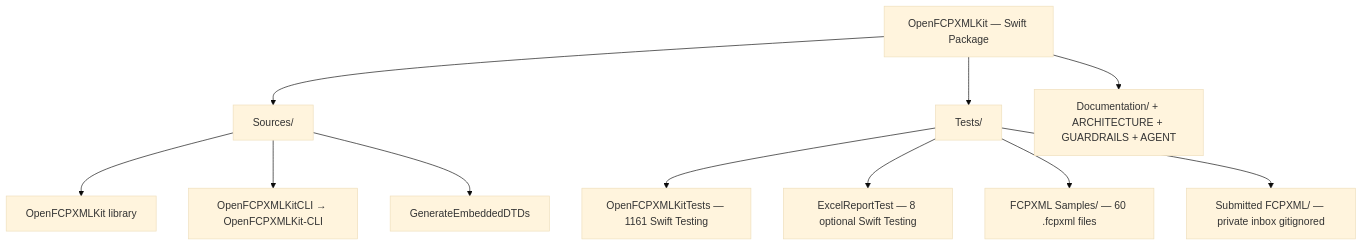
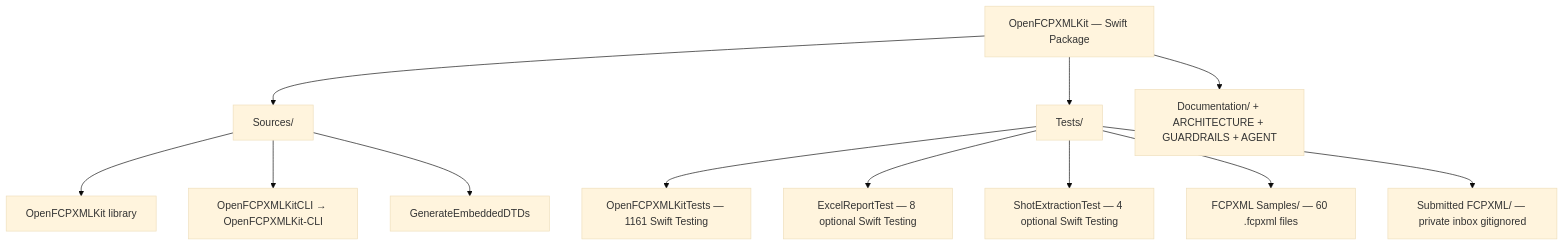
The first of 6 diagrams in ARCHITECTURE.md (TheAcharya/OpenFCPXMLKit), drawn with Mermaid (base theme) before and after one commit. The commit also changed other lines of this file and 30 other files, not shown here.

First line of the commit message:
Notion JSON column order + ShotExtractionTest (3.3.4)

````diff
--- a/ARCHITECTURE.md
+++ b/ARCHITECTURE.md
@@ -216,17 +216,18 @@
 ```mermaid
 flowchart TB
     Pkg["OpenFCPXMLKit — Swift Package"]
 
     Pkg --> SRC["Sources/"]
     Pkg --> TST["Tests/"]
     Pkg --> DOC["Documentation/ + ARCHITECTURE + GUARDRAILS + AGENT"]
 
     SRC --> LIB["OpenFCPXMLKit library"]
     SRC --> CLI["OpenFCPXMLKitCLI → OpenFCPXMLKit-CLI"]
     SRC --> GEN["GenerateEmbeddedDTDs"]
 
     TST --> OKT["OpenFCPXMLKitTests — 1161 Swift Testing"]
     TST --> ERT["ExcelReportTest — 8 optional Swift Testing"]
+    TST --> SET["ShotExtractionTest — 4 optional Swift Testing"]
     TST --> SMP["FCPXML Samples/ — 60 .fcpxml files"]
     TST --> SUB["Submitted FCPXML/ — private inbox gitignored"]
 ```
````
